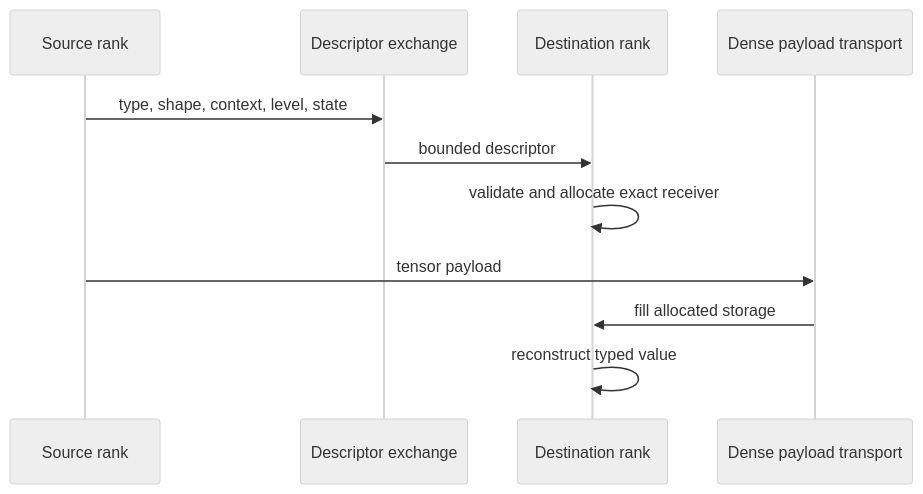
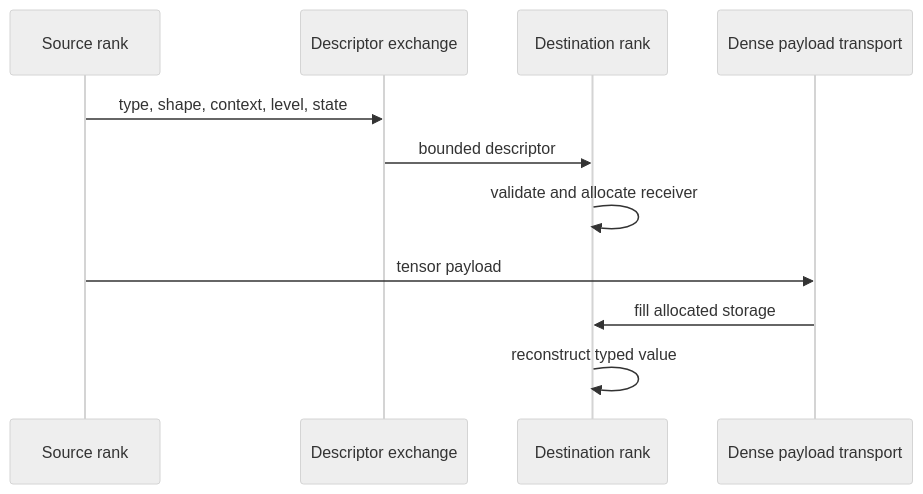
One commit to visualDust/fhelium changed the second of 3 diagrams in docs/concepts/distributed/spmd-model.md. Above: the diagram before and after it, drawn with Mermaid (neutral theme). The commit also changed other lines of this file and 222 other files, not shown here.

````diff
--- a/docs/concepts/distributed/spmd-model.md
+++ b/docs/concepts/distributed/spmd-model.md
@@ -88,14 +88,14 @@
 ```mermaid
 sequenceDiagram
     participant Src as Source rank
     participant Ctrl as Descriptor exchange
     participant Dst as Destination rank
     participant Data as Dense payload transport
 
     Src->>Ctrl: type, shape, context, level, state
     Ctrl->>Dst: bounded descriptor
-    Dst->>Dst: validate and allocate exact receiver
+    Dst->>Dst: validate and allocate receiver
     Src->>Data: tensor payload
     Data->>Dst: fill allocated storage
     Dst->>Dst: reconstruct typed value
 ```
````
